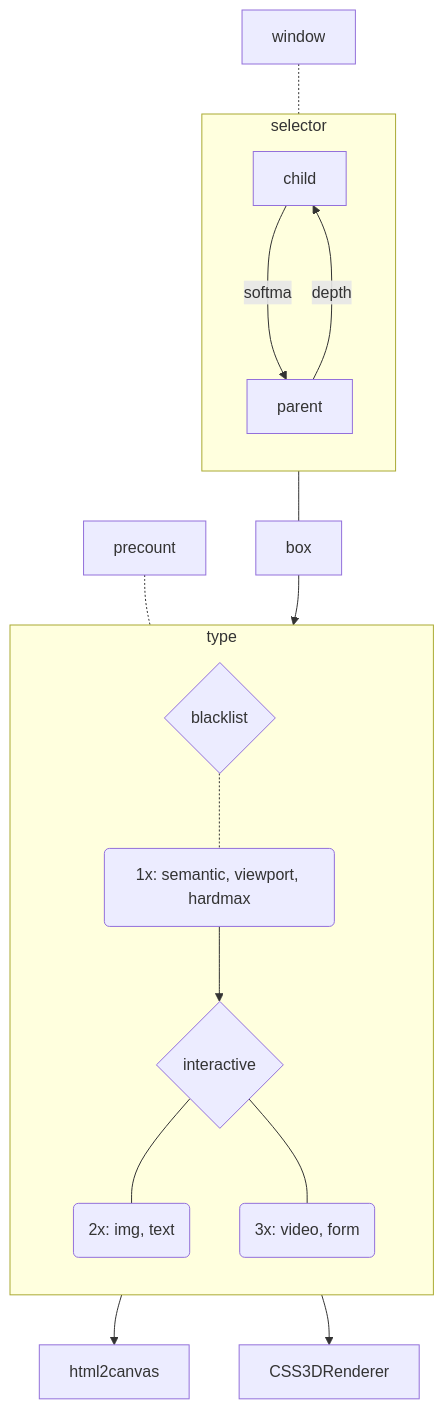
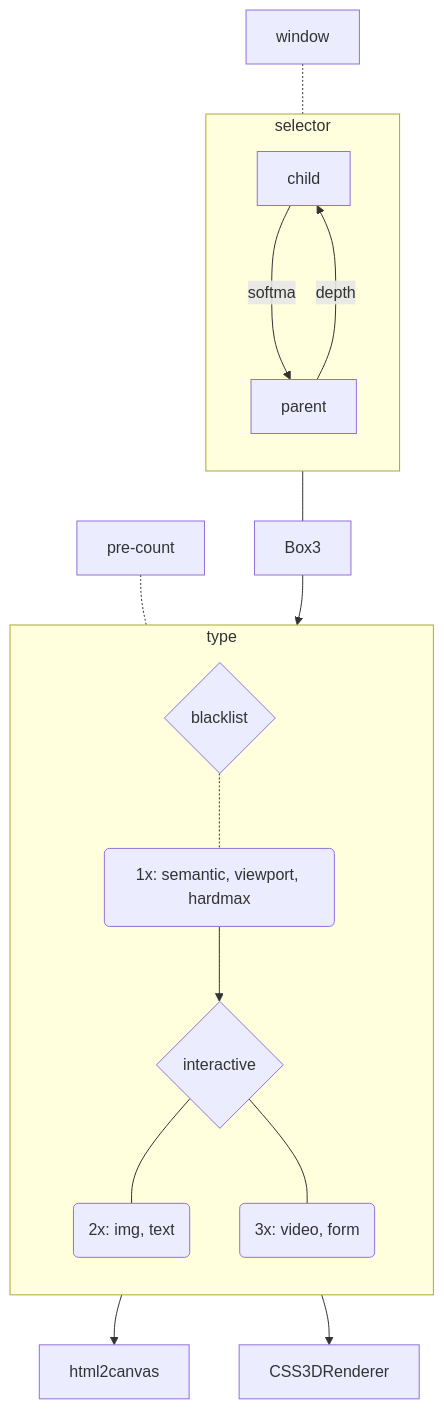
One commit to KurtPachinger/mpos-precept changed the diagram in README.md. Above: the diagram before and after it, drawn with Mermaid.

````diff
--- a/README.md
+++ b/README.md
@@ -5,26 +5,26 @@
 ```mermaid
 flowchart TB
 
 window-.-selector
 subgraph selector
  direction TB
  child--softmax-->parent
  parent--depth-->child
 end
 
-precount-.-b
-selector---box-->a
+pre-count-.-b
+selector---Box3-->a
 
 
 subgraph type
   direction TB
   tag{blacklist}-.-a
   a("1x: semantic, viewport, hardmax")
   a-->b{interactive}
   b---canvas("2x: img, text")
   b---css3d("3x: video, form")
 end
 
 canvas-->html2canvas
 css3d-->CSS3DRenderer
 ```
````
